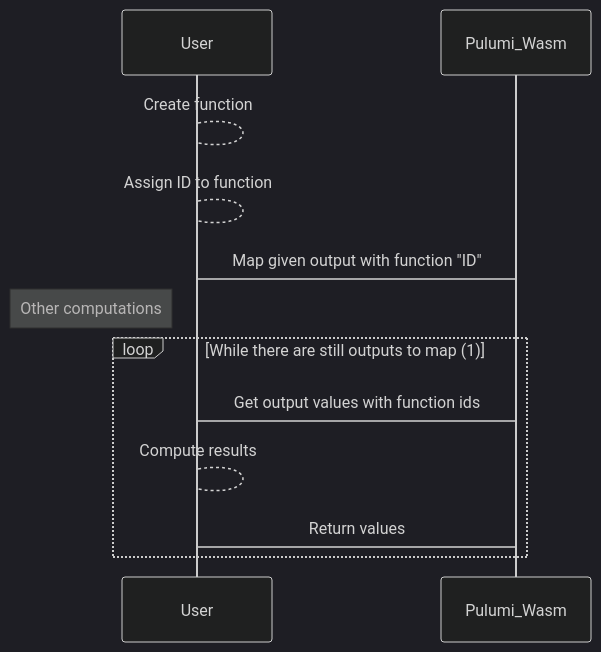
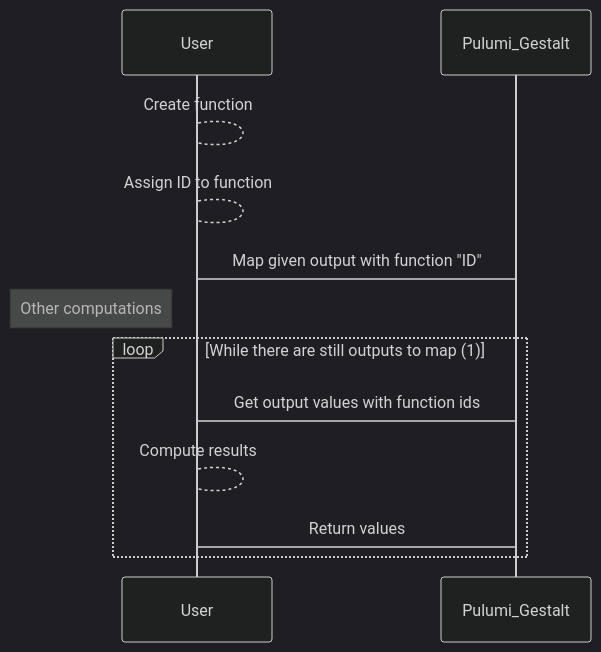
The diagram in docs/Internal/Output.md (andrzejressel/pulumi-wasm), drawn with Mermaid (dark theme) before and after one commit. The commit also changed other lines of this file and 22298 other files, not shown here.

````diff
--- a/docs/Internal/Output.md
+++ b/docs/Internal/Output.md
@@ -46,13 +46,13 @@
 ```mermaid
 sequenceDiagram
     User --> User: Create function
     User --> User: Assign ID to function
-    User -> Pulumi_Wasm: Map given output with function "ID"
+    User -> Pulumi_Gestalt: Map given output with function "ID"
     Note left of User: Other computations
     
     loop While there are still outputs to map (1)
-    User -> Pulumi_Wasm: Get output values with function ids
+    User -> Pulumi_Gestalt: Get output values with function ids
     User --> User: Compute results
-    User -> Pulumi_Wasm: Return values
+    User -> Pulumi_Gestalt: Return values
     end
 ```
````
